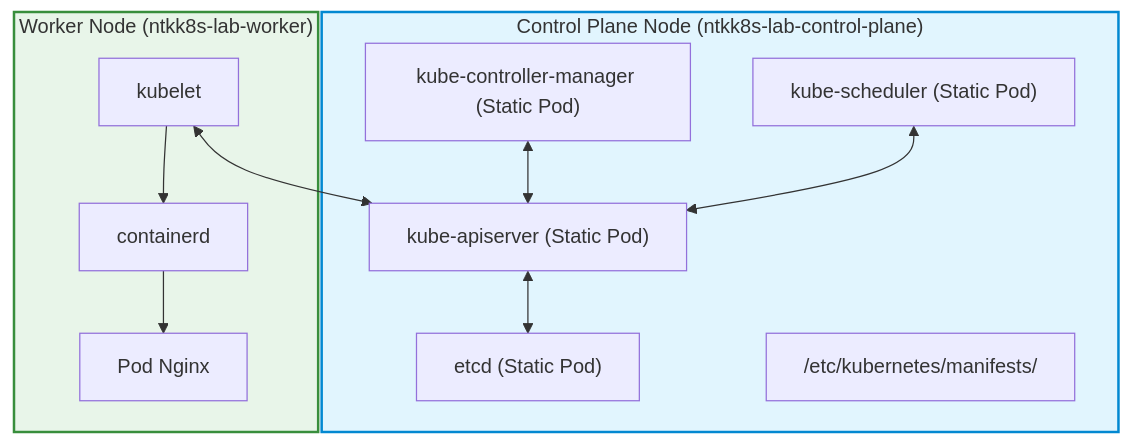
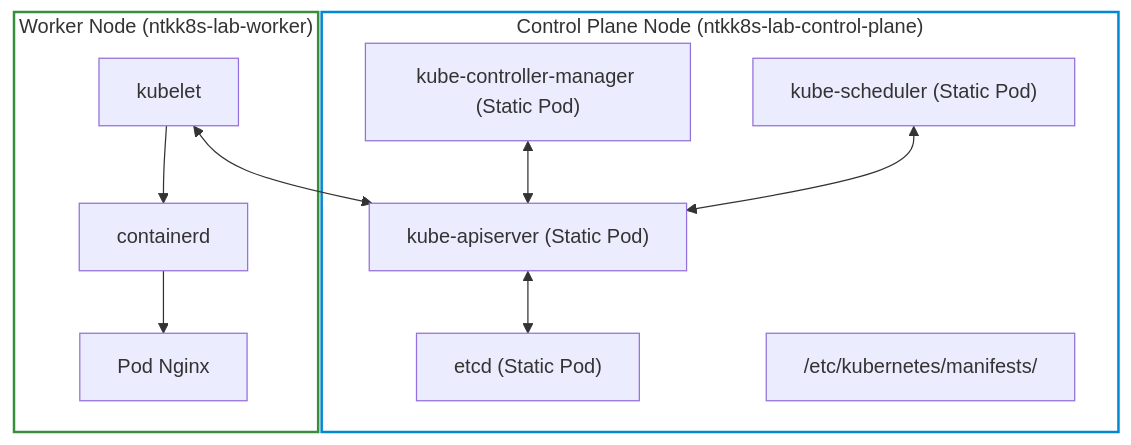
One commit to kiennt308/ntk changed the third of 3 diagrams in _posts/2026-09-12-cka-02-02-kien-truc-cum-va-duong-di-cua-mot-lenh.md. Above: the diagram before and after it, drawn with Mermaid. The commit also changed other lines of this file and 207 other files, not shown here.

Commit message:
feat(posts): batch standardize all 208 posts with TL;DR, qa-card accordion, fill:none mermaid, and liquid raw wrappers

````diff
--- a/_posts/2026-09-12-cka-02-02-kien-truc-cum-va-duong-di-cua-mot-lenh.md
+++ b/_posts/2026-09-12-cka-02-02-kien-truc-cum-va-duong-di-cua-mot-lenh.md
@@ -601,25 +605,25 @@
 ```mermaid
 graph TD
     subgraph Control_Plane_Node ["Control Plane Node (ntkk8s-lab-control-plane)"]
         APIS["kube-apiserver (Static Pod)"]
         ETCD["etcd (Static Pod)"]
         KCM["kube-controller-manager (Static Pod)"]
         SCHED["kube-scheduler (Static Pod)"]
         MANIFESTS["/etc/kubernetes/manifests/"]
     end
 
     subgraph Worker_Node_1 ["Worker Node (ntkk8s-lab-worker)"]
         KLET1["kubelet"]
         CRI1["containerd"]
         POD1["Pod Nginx"]
     end
 
     APIS <--> ETCD
     KCM <--> APIS
     SCHED <--> APIS
     KLET1 <--> APIS
     KLET1 --> CRI1 --> POD1
 
-    style Control_Plane_Node fill:#e1f5fe,stroke:#0288d1,stroke-width:2px
-    style Worker_Node_1 fill:#e8f5e9,stroke:#388e3c,stroke-width:2px
+    style Control_Plane_Node fill:none,stroke:#0288d1,stroke-width:2px
+    style Worker_Node_1 fill:none,stroke:#388e3c,stroke-width:2px
 ```
````
